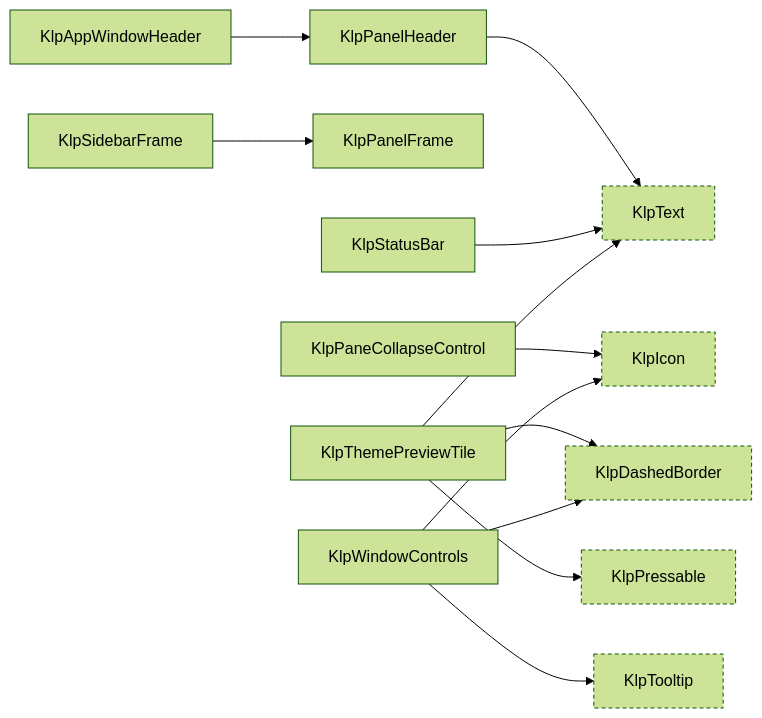
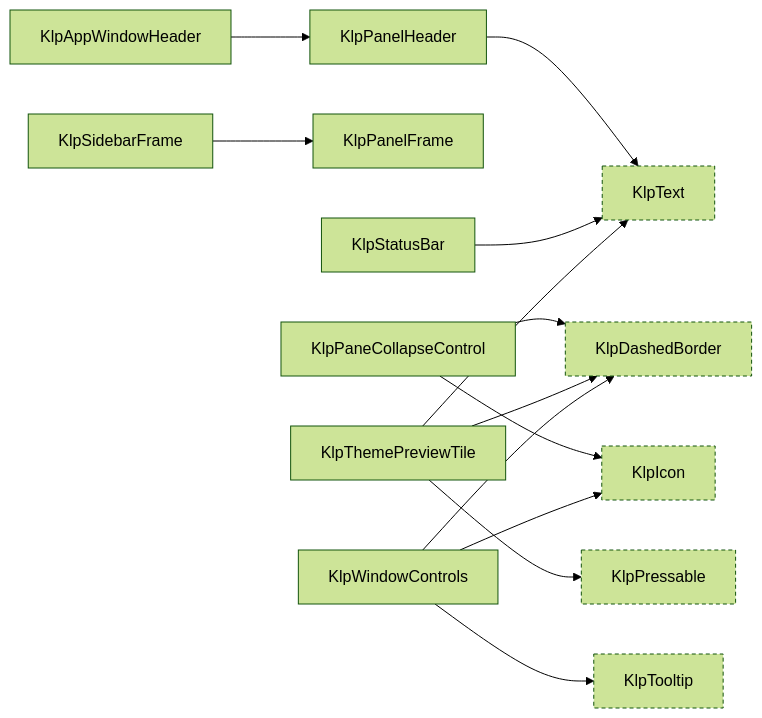
One commit to MiuDog/Kallopis changed diagram 16 of 16 in spec/component-inventory.md. Above: the diagram before and after it, drawn with Mermaid (forest theme). The commit also changed other lines of this file and 70 other files, not shown here.

````diff
--- a/spec/component-inventory.md
+++ b/spec/component-inventory.md
@@ -928,28 +930,29 @@
 ```mermaid
 graph LR
   KlpAppWindowHeader["KlpAppWindowHeader"]
   KlpDashedBorder["KlpDashedBorder"]:::external
   KlpIcon["KlpIcon"]:::external
   KlpPaneCollapseControl["KlpPaneCollapseControl"]
   KlpPanelFrame["KlpPanelFrame"]
   KlpPanelHeader["KlpPanelHeader"]
   KlpPressable["KlpPressable"]:::external
   KlpSidebarFrame["KlpSidebarFrame"]
   KlpStatusBar["KlpStatusBar"]
   KlpText["KlpText"]:::external
   KlpThemePreviewTile["KlpThemePreviewTile"]
   KlpTooltip["KlpTooltip"]:::external
   KlpWindowControls["KlpWindowControls"]
   KlpAppWindowHeader --> KlpPanelHeader
+  KlpPaneCollapseControl --> KlpDashedBorder
   KlpPaneCollapseControl --> KlpIcon
   KlpPanelHeader --> KlpText
   KlpSidebarFrame --> KlpPanelFrame
   KlpStatusBar --> KlpText
   KlpThemePreviewTile --> KlpDashedBorder
   KlpThemePreviewTile --> KlpPressable
   KlpThemePreviewTile --> KlpText
   KlpWindowControls --> KlpDashedBorder
   KlpWindowControls --> KlpIcon
   KlpWindowControls --> KlpTooltip
   classDef external stroke-dasharray: 4 3;
 ```
````
